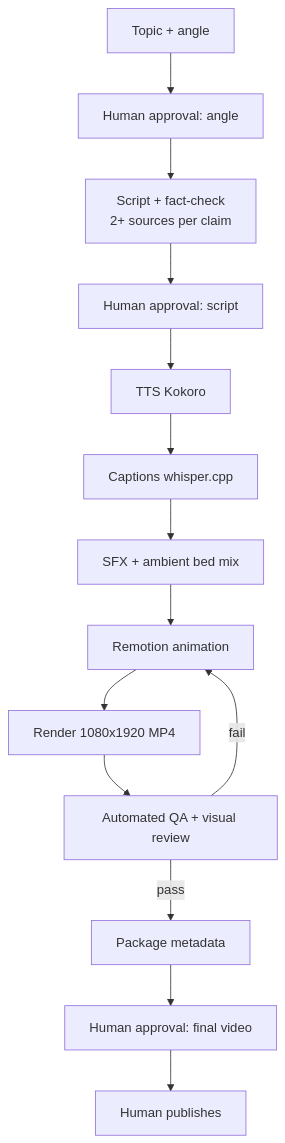
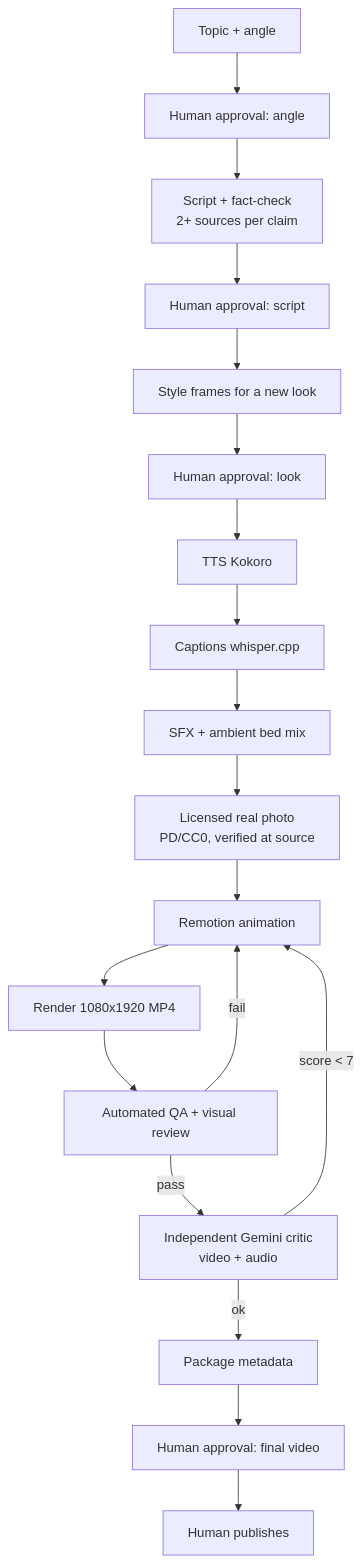
The diagram in README.md (felipefscalco/thats-the-mechanism), drawn with Mermaid before and after one commit. The commit also changed other lines of this file and 13 other files, not shown here.

Commit message:
Docs: AGENTS/README for style-frames gate, photos, critic and QA gates; LESSONS L-5..L-21, BACKLOG, METRICS, TESTS

````diff
--- a/README.md
+++ b/README.md
@@ -11,16 +11,21 @@
 ```mermaid
 flowchart TD
   A[Topic + angle] --> B[Human approval: angle]
   B --> C[Script + fact-check<br/>2+ sources per claim]
   C --> D[Human approval: script]
-  D --> E[TTS Kokoro]
+  D --> SF[Style frames for a new look]
+  SF --> SG[Human approval: look]
+  SG --> E[TTS Kokoro]
   E --> F[Captions whisper.cpp]
   F --> G[SFX + ambient bed mix]
-  G --> H[Remotion animation]
+  G --> P[Licensed real photo<br/>PD/CC0, verified at source]
+  P --> H[Remotion animation]
   H --> I[Render 1080x1920 MP4]
   I --> J[Automated QA + visual review]
   J -->|fail| H
-  J -->|pass| K[Package metadata]
+  J -->|pass| CR[Independent Gemini critic<br/>video + audio]
+  CR -->|score < 7| H
+  CR -->|ok| K[Package metadata]
   K --> L[Human approval: final video]
   L --> M[Human publishes]
 ```
````
